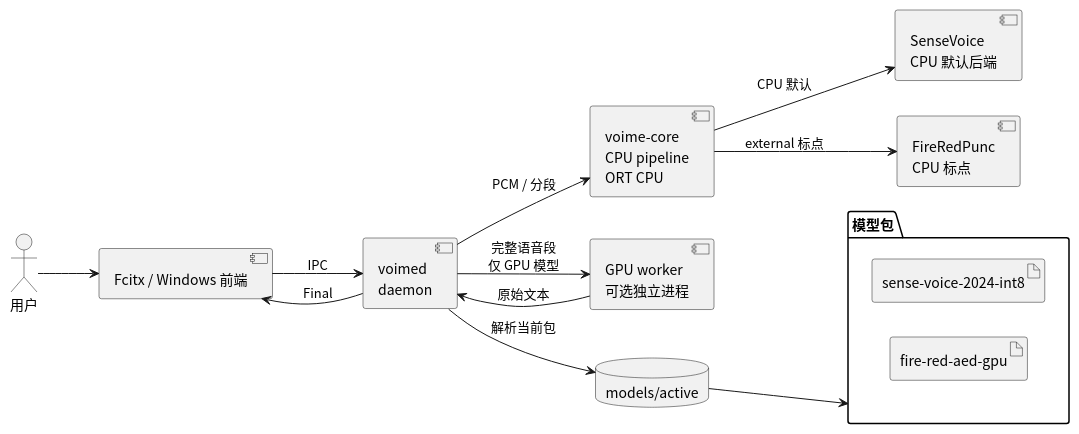
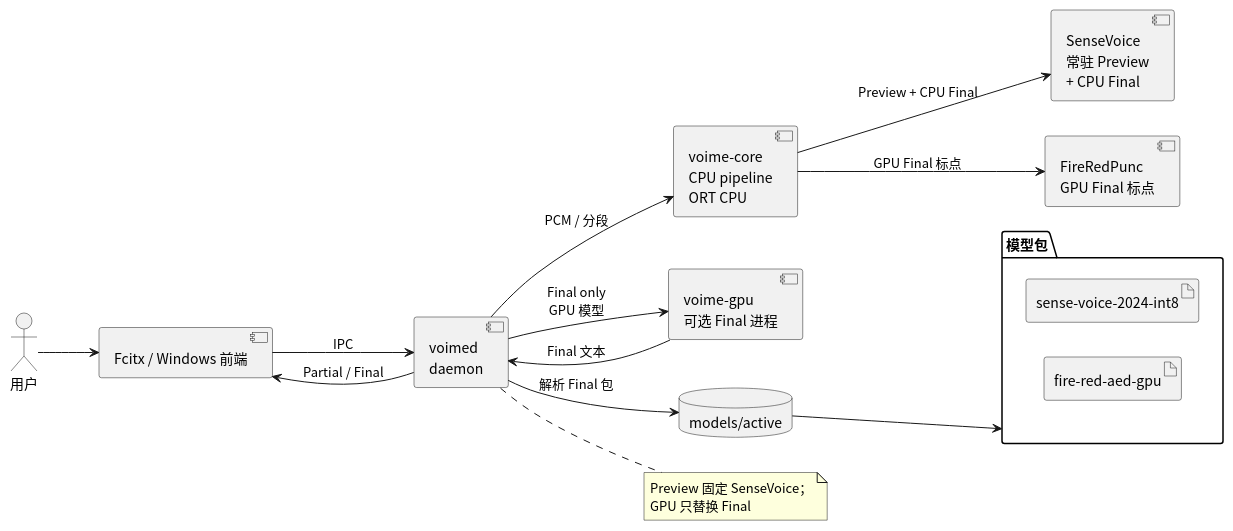
One commit to 54m43lJ/voime changed the diagram in diagram/asr-v2-architecture.puml. Above: the diagram before and after it, drawn with PlantUML. The commit also changed 6 other files, not shown here.

First line of the commit message:
docs: 调整 ASR v2 为 Preview/Final 分工与 voime-gpu

```diff
--- a/diagram/asr-v2-architecture.puml
+++ b/diagram/asr-v2-architecture.puml
@@ -1,31 +1,36 @@
 @startuml
 skinparam defaultFontName "Noto Sans CJK SC"
 skinparam shadowing false
 left to right direction
 hide stereotype
 
 actor "用户" as User
 component "Fcitx / Windows 前端" as Frontend
 component "voimed\ndaemon" as Daemon
 component "voime-core\nCPU pipeline\nORT CPU" as Core
-component "SenseVoice\nCPU 默认后端" as SenseVoice
-component "GPU worker\n可选独立进程" as GpuWorker
-component "FireRedPunc\nCPU 标点" as Punc
+component "SenseVoice\n常驻 Preview\n+ CPU Final" as SenseVoice
+component "voime-gpu\n可选 Final 进程" as GpuWorker
+component "FireRedPunc\nGPU Final 标点" as Punc
 
 database "models/active" as Active
 folder "模型包" as Packages {
   artifact "sense-voice-2024-int8" as SvPackage
   artifact "fire-red-aed-gpu" as AedPackage
 }
 
 User --> Frontend
 Frontend --> Daemon : IPC
-Daemon --> Active : 解析当前包
+Daemon --> Active : 解析 Final 包
 Active --> Packages
 Daemon --> Core : PCM / 分段
-Core --> SenseVoice : CPU 默认
-Core --> Punc : external 标点
-Daemon --> GpuWorker : 完整语音段\n仅 GPU 模型
-GpuWorker --> Daemon : 原始文本
-Daemon --> Frontend : Final
+Core --> SenseVoice : Preview + CPU Final
+Core --> Punc : GPU Final 标点
+Daemon --> GpuWorker : Final only\nGPU 模型
+GpuWorker --> Daemon : Final 文本
+Daemon --> Frontend : Partial / Final
+
+note right of Daemon
+  Preview 固定 SenseVoice；
+  GPU 只替换 Final
+end note
 @enduml
```
